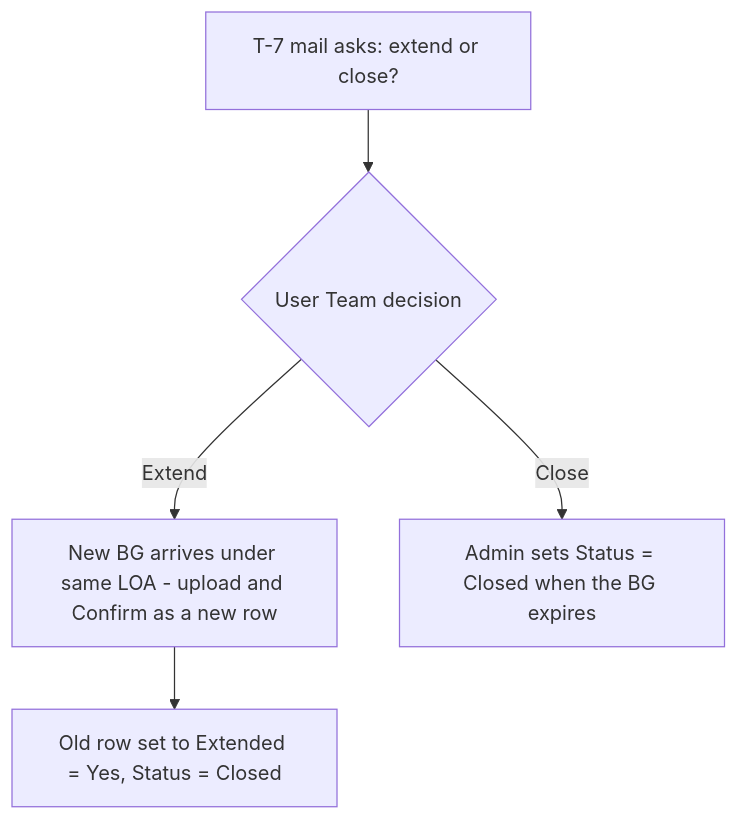
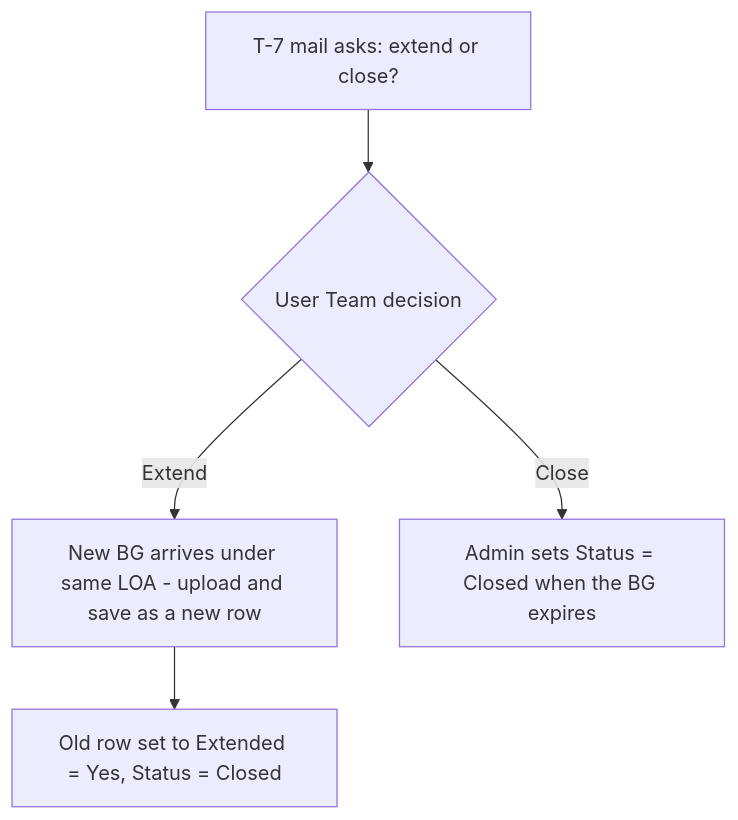
Before and after one commit to LaxmiKhilnani-nhit/Bank-Guarantee-Automation: the second of 4 diagrams in plan/05-flows.md, drawn with Mermaid. The commit also changed other lines of this file and 58 other files, not shown here.

````diff
--- a/plan/05-flows.md
+++ b/plan/05-flows.md
@@ -52,7 +47,7 @@
 ```mermaid
 flowchart TD
   R["T-7 mail asks: extend or close?"] --> D{"User Team decision"}
-  D -->|"Extend"| N["New BG arrives under same LOA - upload and Confirm as a new row"]
+  D -->|"Extend"| N["New BG arrives under same LOA - upload and save as a new row"]
   N --> O["Old row set to Extended = Yes, Status = Closed"]
   D -->|"Close"| C["Admin sets Status = Closed when the BG expires"]
 ```
````
